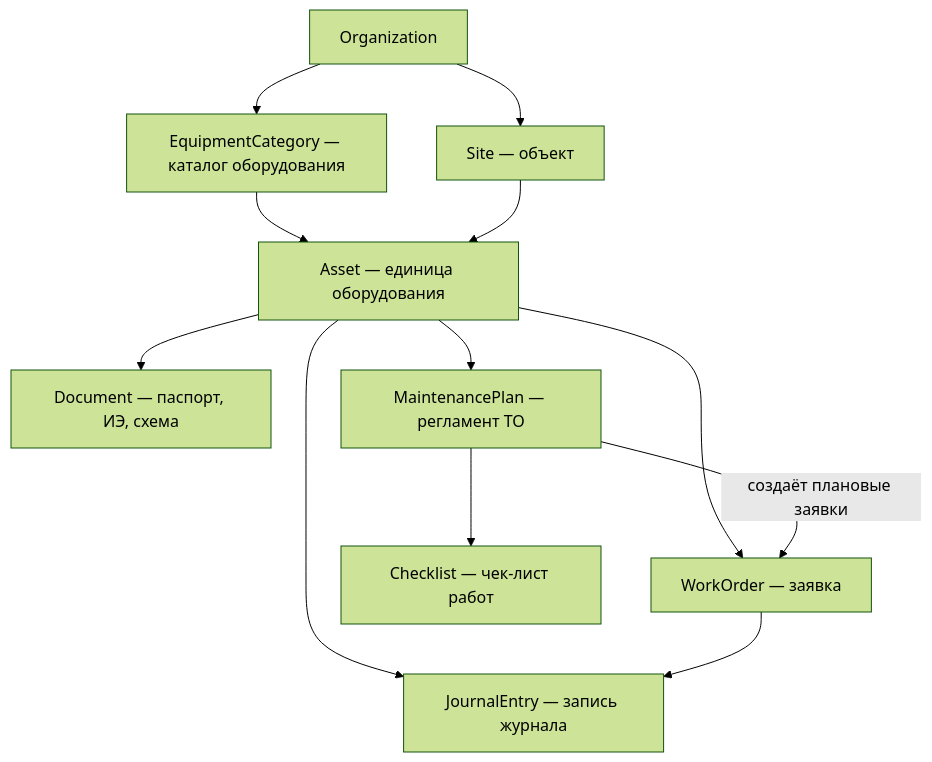
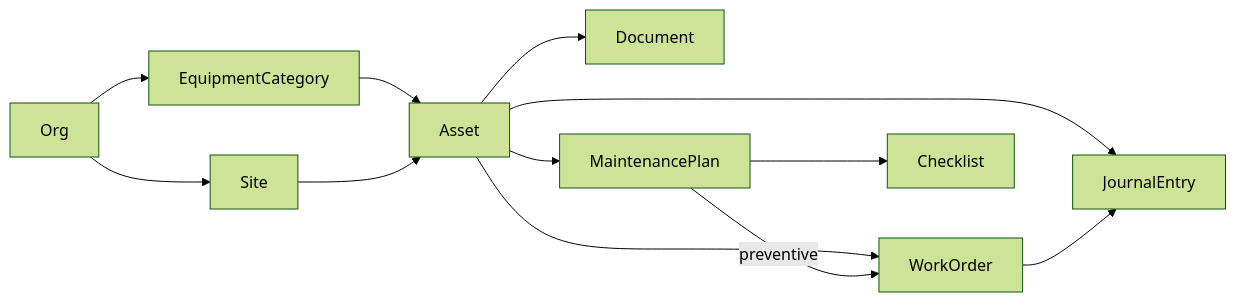
The diagram in TOIR_AI_SYSTEM_DESIGN.md (masterdoc-app/masterdoc), drawn with Mermaid (forest theme) before and after one commit. The commit also changed other lines of this file and 2 other files, not shown here.

````diff
--- a/TOIR_AI_SYSTEM_DESIGN.md
+++ b/TOIR_AI_SYSTEM_DESIGN.md
@@ -165,22 +28,13 @@
 ```mermaid
-flowchart TB
-  Org[Organization]
-  Site[Site — объект]
-  Cat[EquipmentCategory — каталог оборудования]
-  Asset[Asset — единица оборудования]
-  Doc[Document — паспорт, ИЭ, схема]
-  WO[WorkOrder — заявка]
-  JE[JournalEntry — запись журнала]
-  MP[MaintenancePlan — регламент ТО]
-  CL[Checklist — чек-лист работ]
+flowchart LR
   Org --> Site
-  Org --> Cat
+  Org --> Cat[EquipmentCategory]
   Cat --> Asset
   Site --> Asset
-  Asset --> Doc
-  Asset --> WO
-  Asset --> JE
-  Asset --> MP --> CL
-  MP -->|создаёт плановые заявки| WO
+  Asset --> Doc[Document]
+  Asset --> WO[WorkOrder]
+  Asset --> JE[JournalEntry]
+  Asset --> MP[MaintenancePlan] --> CL[Checklist]
+  MP -->|preventive| WO
   WO --> JE
 ```
````
